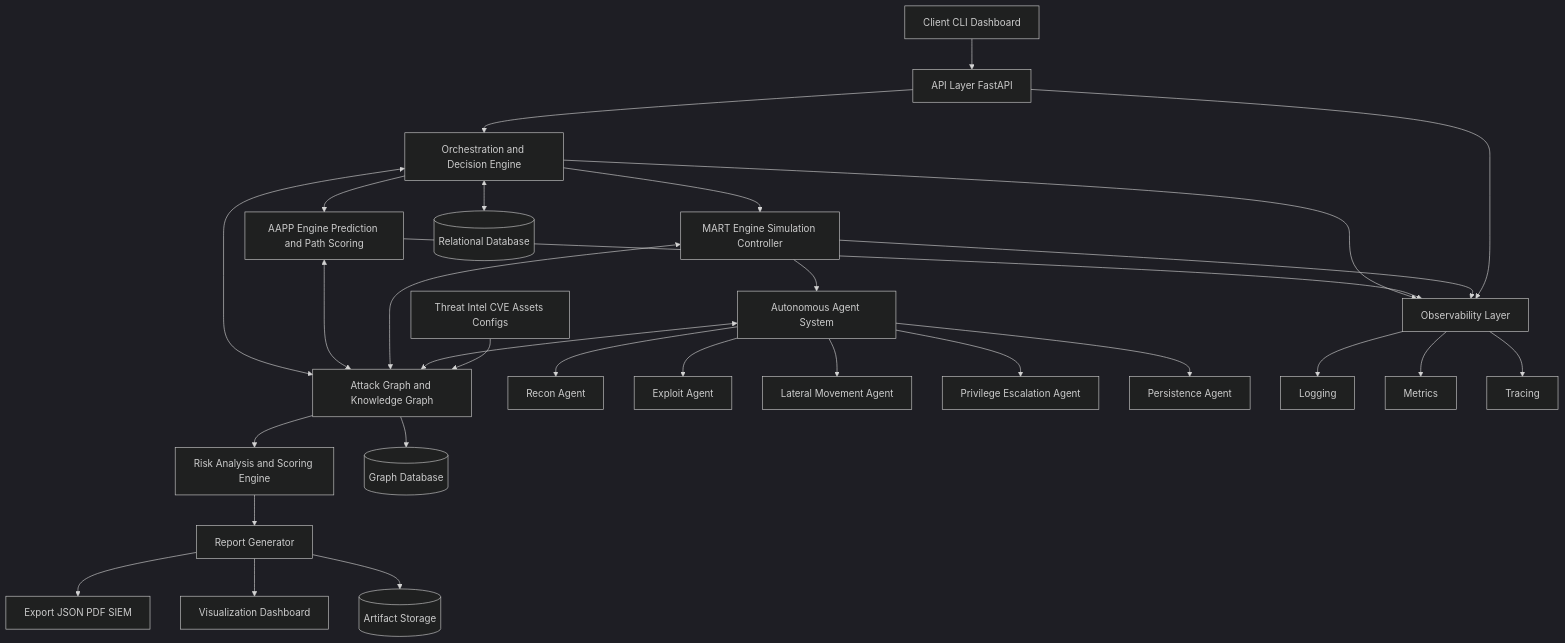
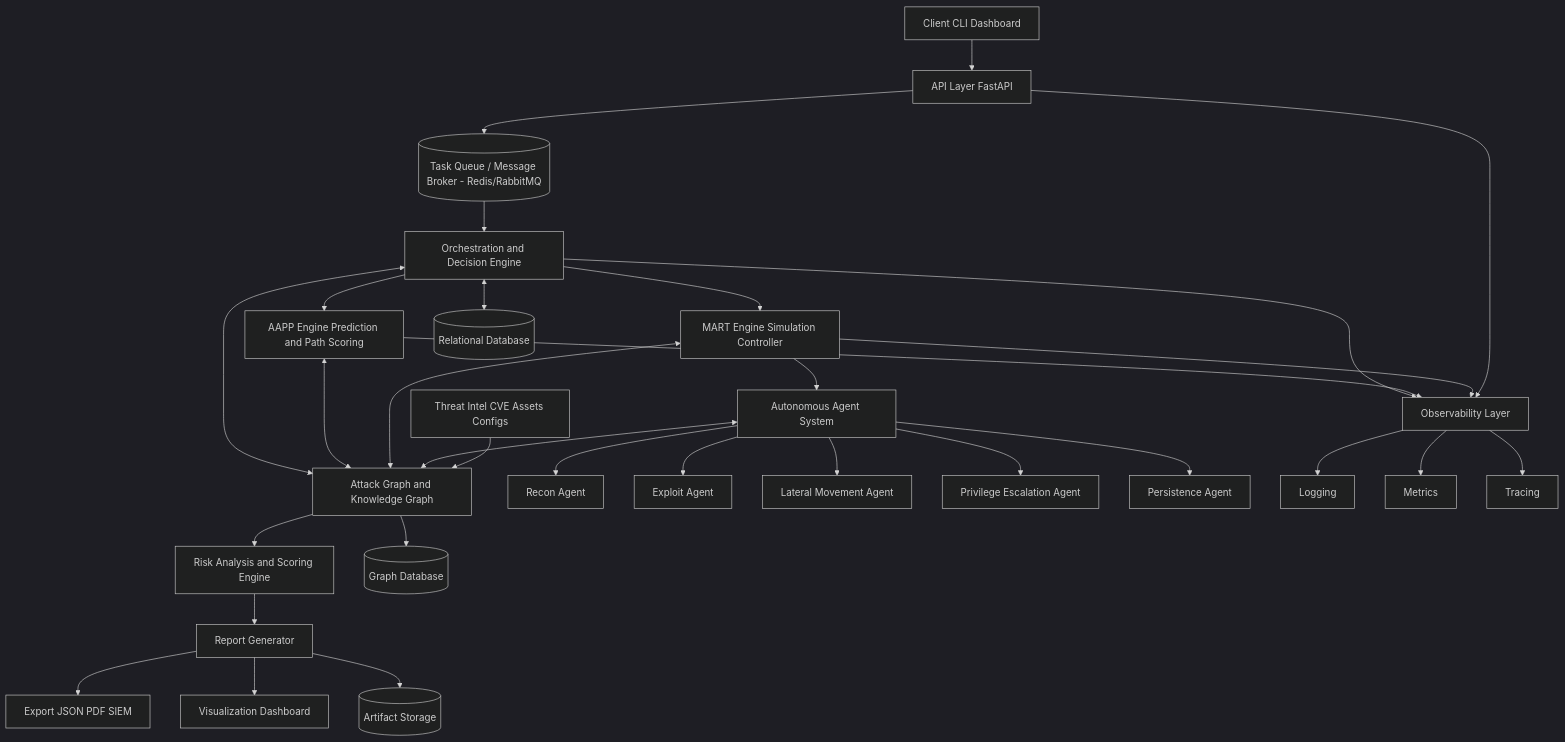
One commit to secwexen/aapp-mart changed the diagram in docs/architecture/architecture-diagram.md. Above: the diagram before and after it, drawn with Mermaid (dark theme).

````diff
--- a/docs/architecture/architecture-diagram.md
+++ b/docs/architecture/architecture-diagram.md
@@ -5,45 +5,46 @@
 ```mermaid
 flowchart TD
 
     Client[Client CLI Dashboard] --> API[API Layer FastAPI]
 
-    API --> Orchestrator[Orchestration and Decision Engine]
+    API --> Queue[(Task Queue / Message Broker - Redis/RabbitMQ)]
+    Queue --> Orchestrator[Orchestration and Decision Engine]
 
     Orchestrator <--> Graph[Attack Graph and Knowledge Graph]
 
     Orchestrator --> AAPP[AAPP Engine Prediction and Path Scoring]
     AAPP <--> Graph
 
     Orchestrator --> MART[MART Engine Simulation Controller]
     MART --> Agents[Autonomous Agent System]
     MART <--> Graph
 
     Agents --> Recon[Recon Agent]
     Agents --> Exploit[Exploit Agent]
     Agents --> Lateral[Lateral Movement Agent]
     Agents --> PrivEsc[Privilege Escalation Agent]
     Agents --> Persistence[Persistence Agent]
 
     Agents <--> Graph
 
     Graph --> Risk[Risk Analysis and Scoring Engine]
     Risk --> Reports[Report Generator]
 
     Reports --> Export[Export JSON PDF SIEM]
     Reports --> Visualization[Visualization Dashboard]
 
     External[Threat Intel CVE Assets Configs] --> Graph
 
     Graph --> GraphDB[(Graph Database)]
     Orchestrator <--> DB[(Relational Database)]
     Reports --> Storage[(Artifact Storage)]
 
     Orchestrator --> Obs[Observability Layer]
     AAPP --> Obs
     MART --> Obs
     API --> Obs
 
     Obs --> Logs[Logging]
     Obs --> Metrics[Metrics]
     Obs --> Tracing[Tracing]
 ```
````
